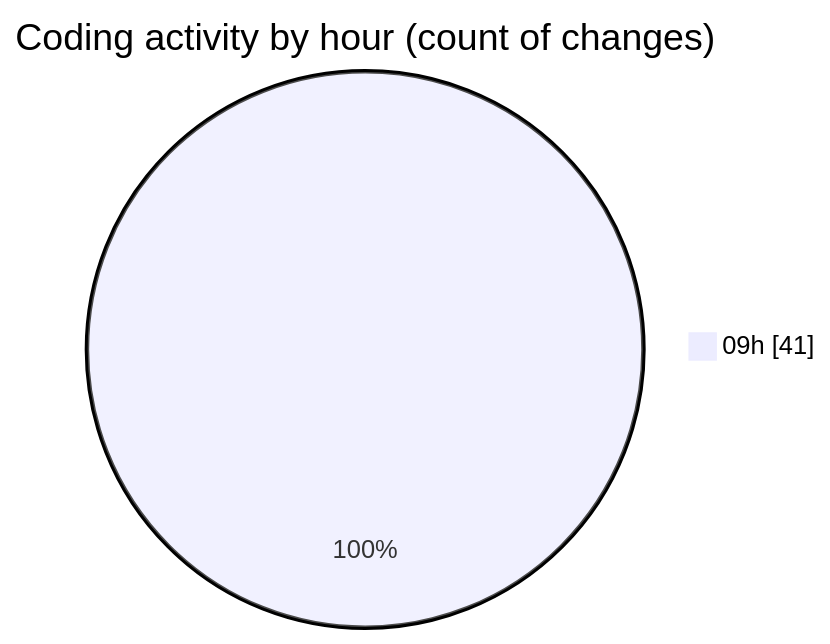
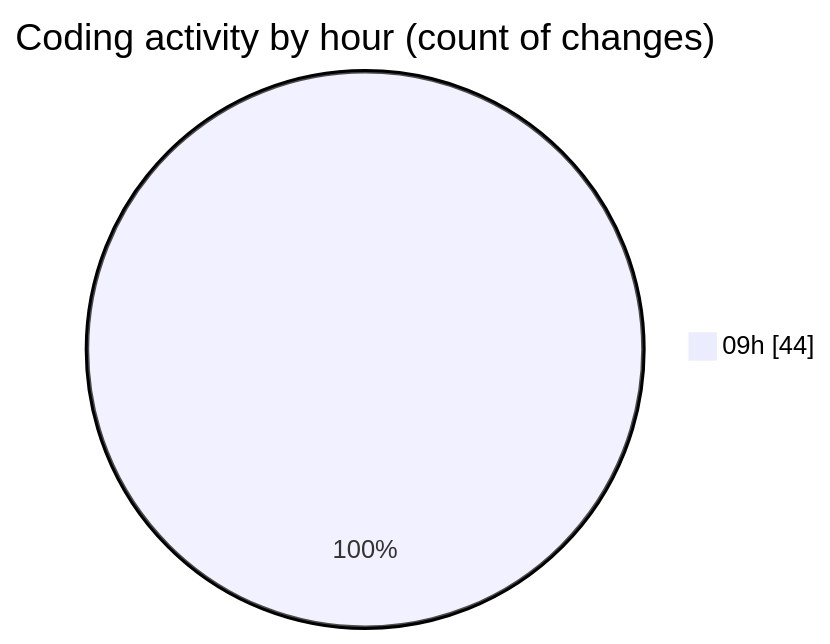
Before and after one commit to momahboobian/code-tracking: the second of 2 diagrams in 2025-03-25/cda/README.md, drawn with Mermaid. The commit also changed other lines of this file and 1 other file, not shown here.

````diff
--- a/2025-03-25/cda/README.md
+++ b/2025-03-25/cda/README.md
@@ -46,5 +46,5 @@
 ```mermaid
 pie showData
 title Coding activity by hour (count of changes)
-"09h" : 41
+"09h" : 44
 ```
````
